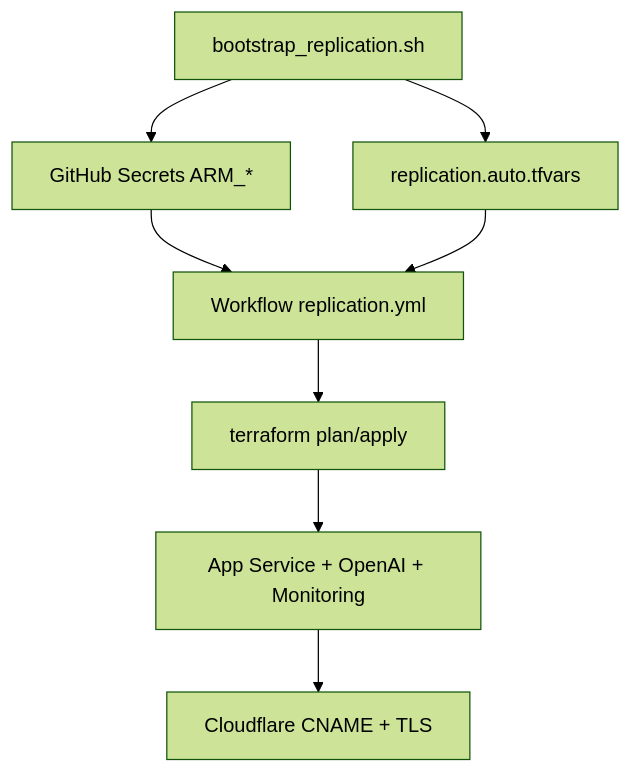
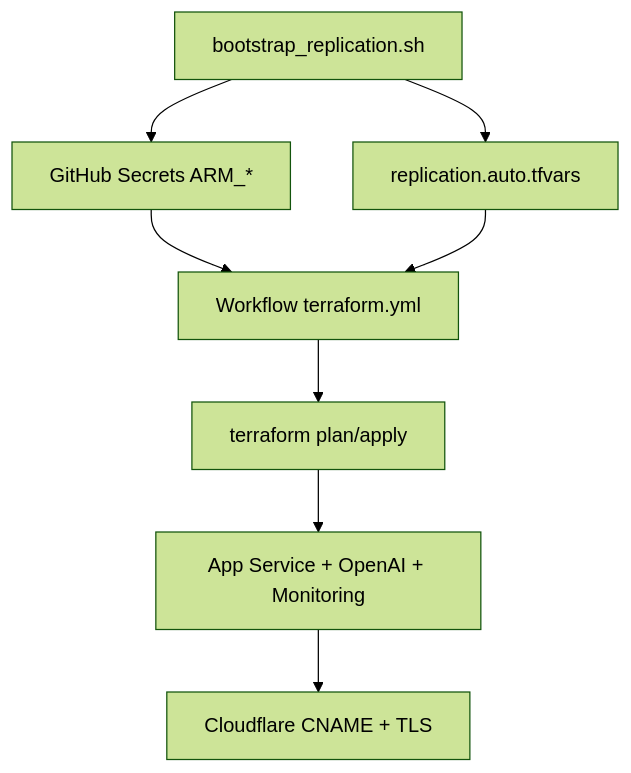
Before and after one commit to fabiotreze/nossodireito: the diagram in docs/REPLICATION.md, drawn with Mermaid (forest theme). The commit also changed other lines of this file and 3 other files, not shown here.

````diff
--- a/docs/REPLICATION.md
+++ b/docs/REPLICATION.md
@@ -51,10 +51,10 @@
 ```mermaid
 flowchart TD
    A[bootstrap_replication.sh] --> B[GitHub Secrets ARM_*]
    A --> C[replication.auto.tfvars]
-   B --> D[Workflow replication.yml]
+   B --> D[Workflow terraform.yml]
    C --> D
    D --> E[terraform plan/apply]
    E --> F[App Service + OpenAI + Monitoring]
    F --> G[Cloudflare CNAME + TLS]
 ```
````
